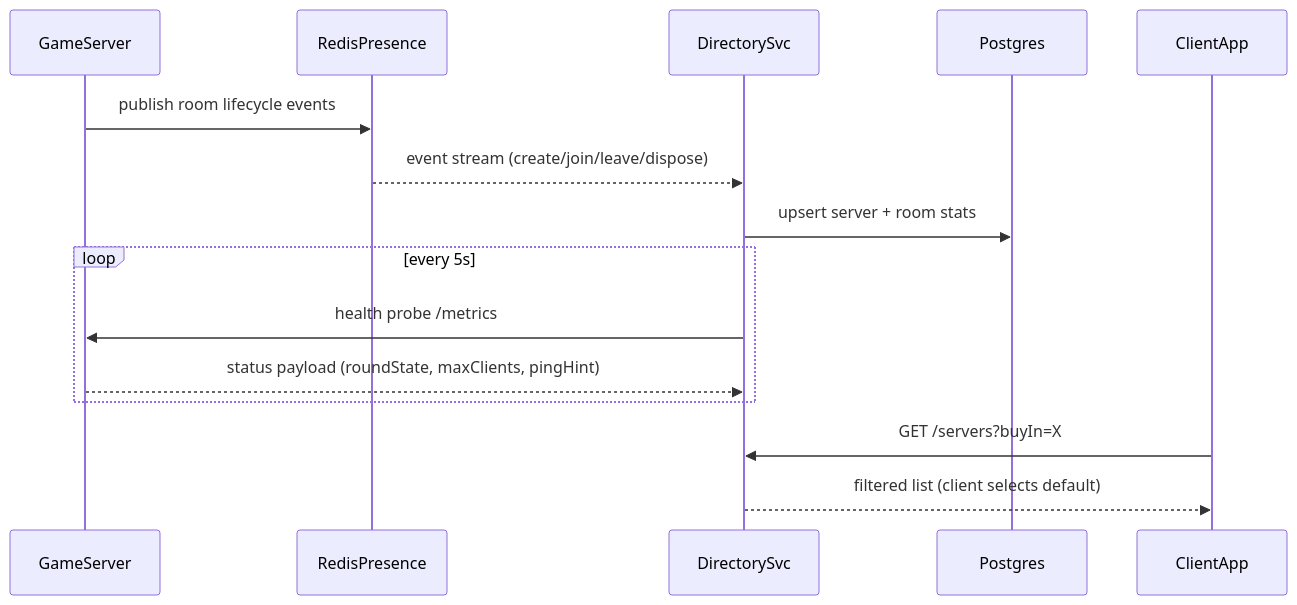
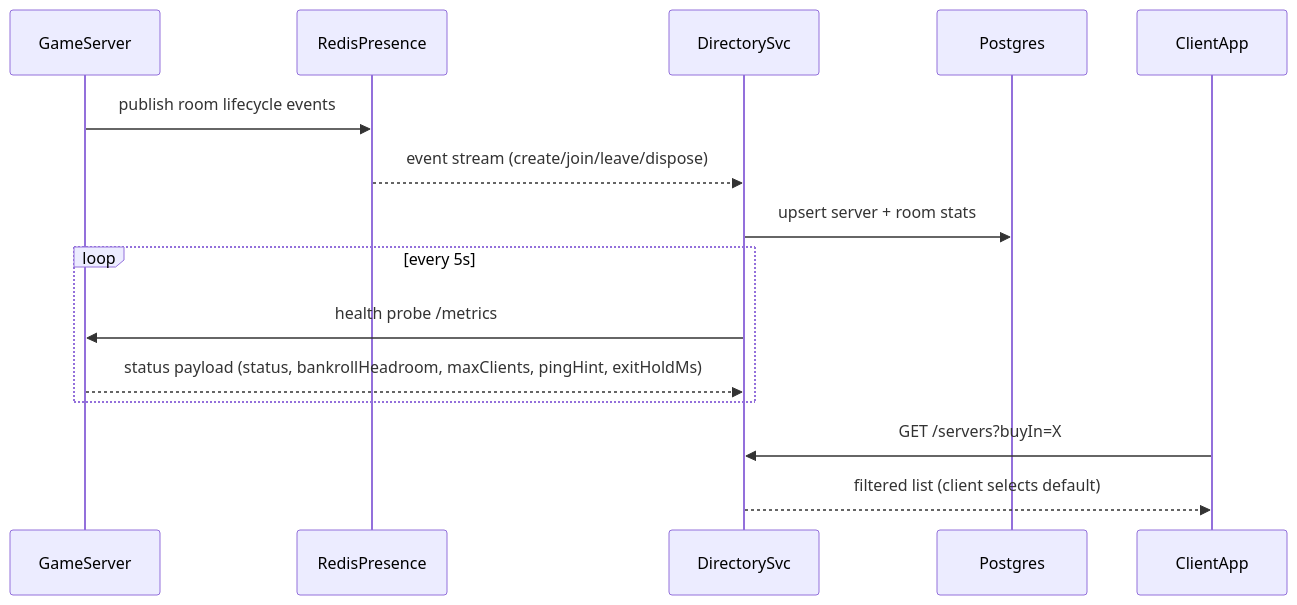
Before and after one commit to TheExpandingPolytope/goonverse: the eighth of 9 diagrams in ARCHITECTURE.md, drawn with Mermaid. The commit also changed other lines of this file and 37 other files, not shown here.

````diff
--- a/ARCHITECTURE.md
+++ b/ARCHITECTURE.md
@@ -344,18 +420,18 @@
 ```mermaid
 sequenceDiagram
     participant GameServer
     participant RedisPresence
     participant DirectorySvc
     participant Postgres
     participant ClientApp
 
     GameServer->>RedisPresence: publish room lifecycle events
     RedisPresence-->>DirectorySvc: event stream (create/join/leave/dispose)
     DirectorySvc->>Postgres: upsert server + room stats
     loop every 5s
         DirectorySvc->>GameServer: health probe /metrics
-        GameServer-->>DirectorySvc: status payload (roundState, maxClients, pingHint)
+        GameServer-->>DirectorySvc: status payload (status, bankrollHeadroom, maxClients, pingHint, exitHoldMs)
     end
     ClientApp->>DirectorySvc: GET /servers?buyIn=X
     DirectorySvc-->>ClientApp: filtered list (client selects default)
 ```
````
